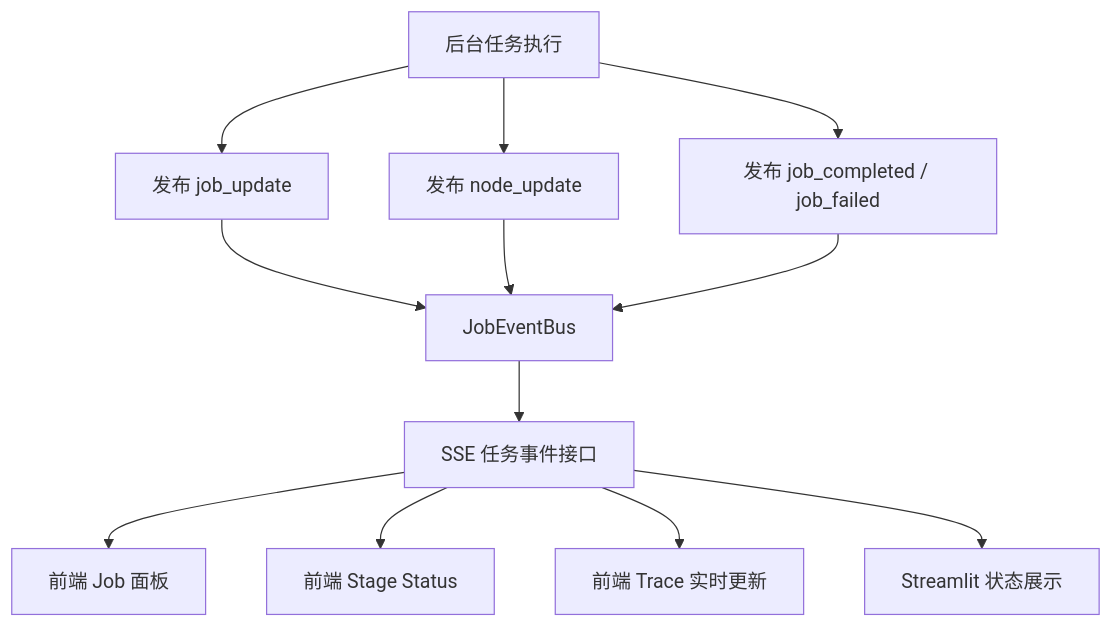
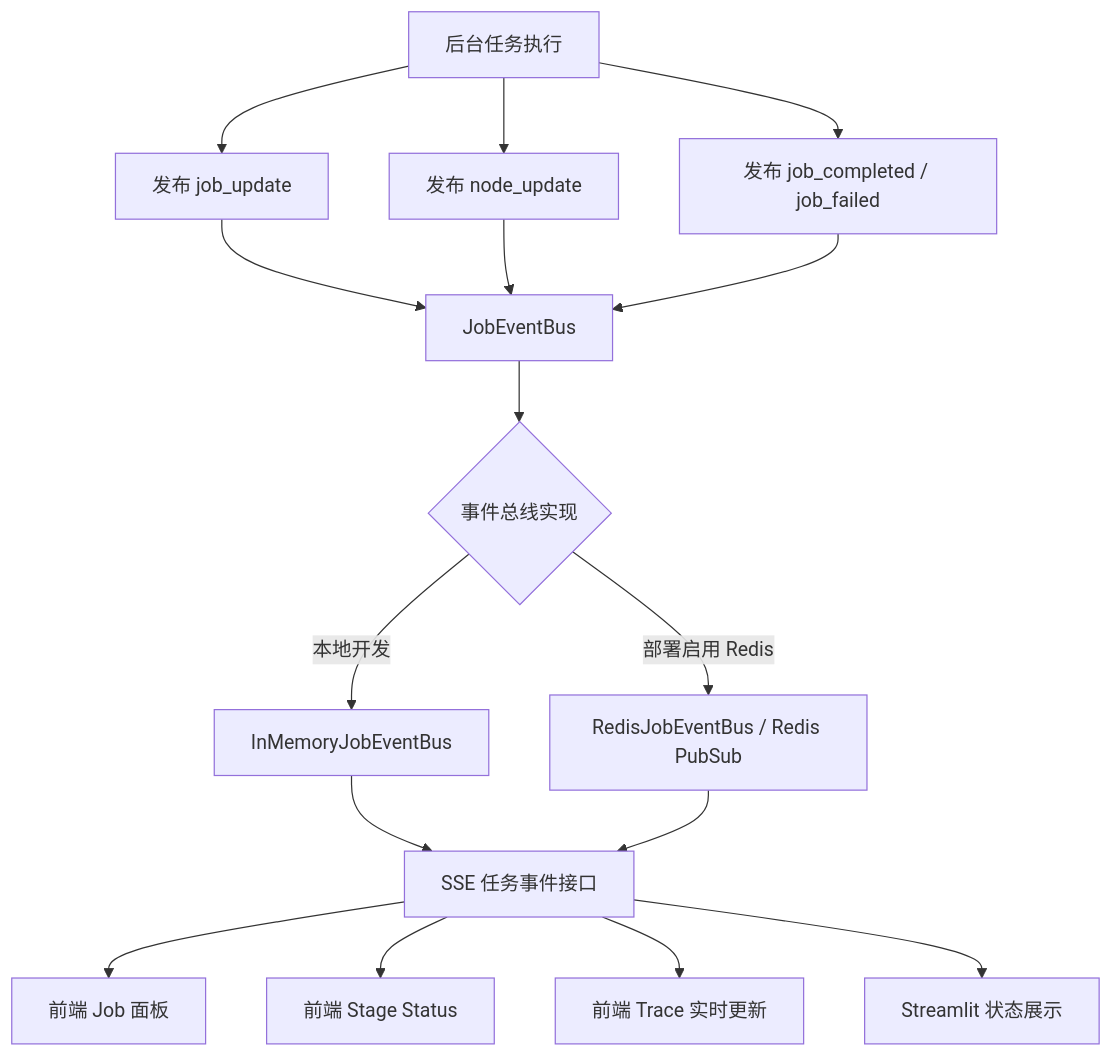
Before and after one commit to jiliguluhua/liver_rag: the seventh of 8 diagrams in docs/backend_architecture.md, drawn with Mermaid. The commit also changed other lines of this file, not shown here.

Commit message:
更新文档，加入redis

````diff
--- a/docs/backend_architecture.md
+++ b/docs/backend_architecture.md
@@ -156,14 +159,23 @@
 ```mermaid
 flowchart TD
     A[后台任务执行] --> B[发布 job_update]
     A --> C[发布 node_update]
     A --> D[发布 job_completed / job_failed]
+
     B --> E[JobEventBus]
     C --> E
     D --> E
-    E --> F[SSE 任务事件接口]
-    F --> G[前端 Job 面板]
-    F --> H[前端 Stage Status]
-    F --> I[前端 Trace 实时更新]
-    F --> J[Streamlit 状态展示]
+
+    E --> F{事件总线实现}
+    F -->|本地开发| G[InMemoryJobEventBus]
+    F -->|部署启用 Redis| H[RedisJobEventBus / Redis PubSub]
+
+    G --> I[SSE 任务事件接口]
+    H --> I
+
+    I --> J[前端 Job 面板]
+    I --> K[前端 Stage Status]
+    I --> L[前端 Trace 实时更新]
+    I --> M[Streamlit 状态展示]
+
 ```
````
